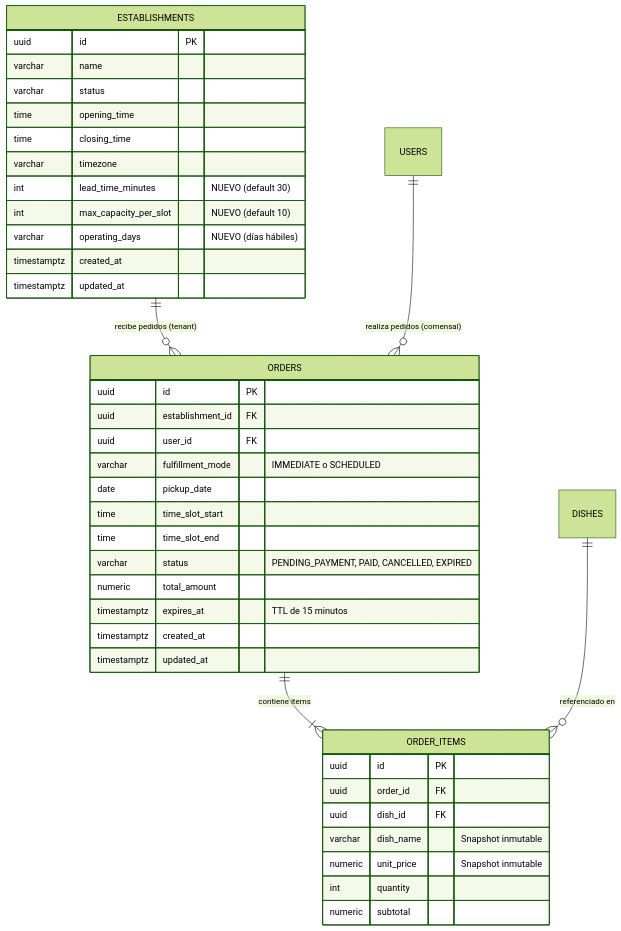
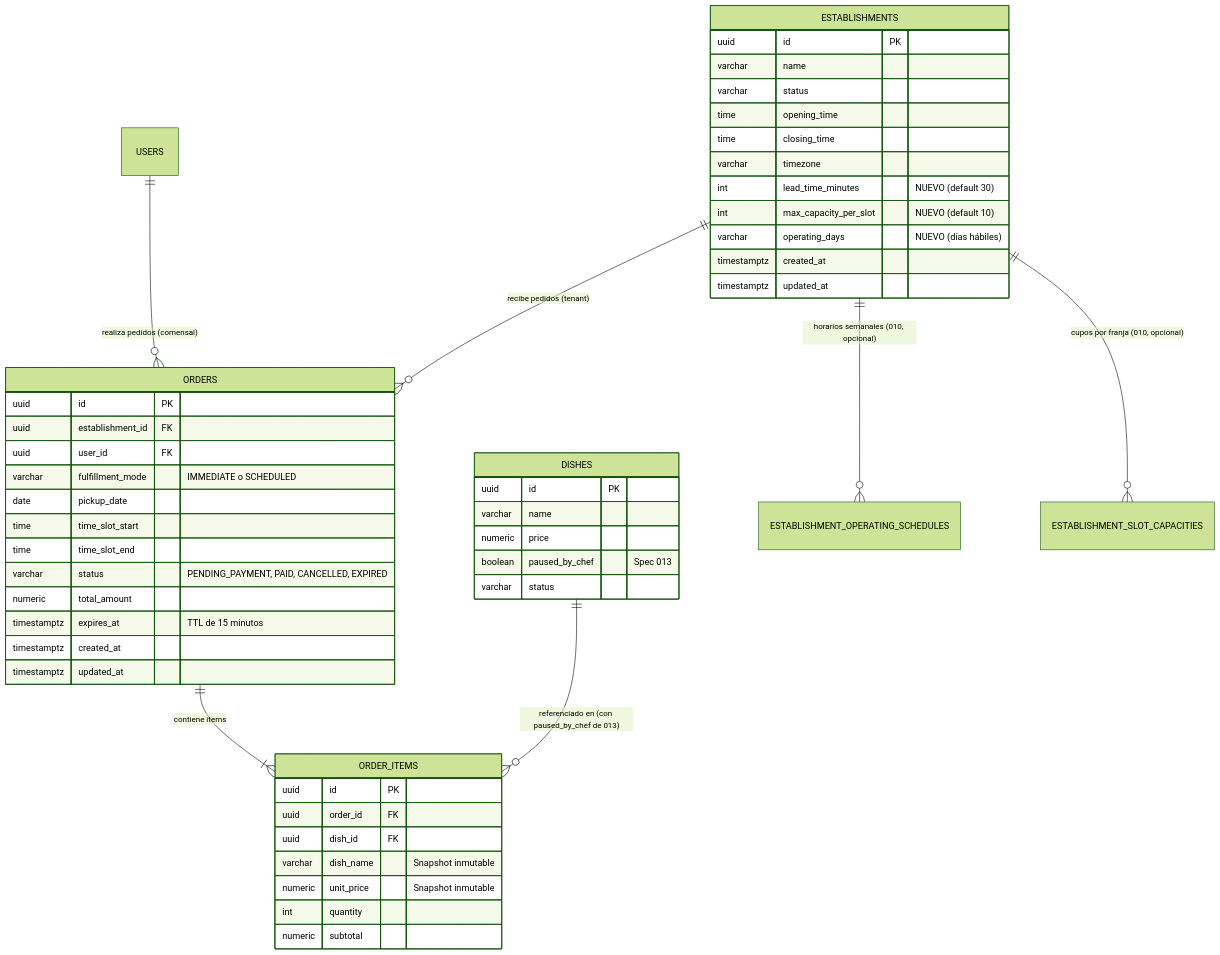
One commit to ValentinoCarmonaS/G12---GDSI changed the first of 2 diagrams in specs/012-diner-pickup-time-slots/data-model.md. Above: the diagram before and after it, drawn with Mermaid (forest theme). The commit also changed other lines of this file and 5 other files, not shown here.

Commit message:
docs(012): align time-slot reservation spec and plan with specs 009 to 013

````diff
--- a/specs/012-diner-pickup-time-slots/data-model.md
+++ b/specs/012-diner-pickup-time-slots/data-model.md
@@ -9,46 +9,56 @@
 ```mermaid
 erDiagram
     ESTABLISHMENTS ||--o{ ORDERS : "recibe pedidos (tenant)"
     USERS ||--o{ ORDERS : "realiza pedidos (comensal)"
     ORDERS ||--|{ ORDER_ITEMS : "contiene ítems"
-    DISHES ||--o{ ORDER_ITEMS : "referenciado en"
+    DISHES ||--o{ ORDER_ITEMS : "referenciado en (con paused_by_chef de 013)"
+    ESTABLISHMENTS ||--o{ ESTABLISHMENT_OPERATING_SCHEDULES : "horarios semanales (010, opcional)"
+    ESTABLISHMENTS ||--o{ ESTABLISHMENT_SLOT_CAPACITIES : "cupos por franja (010, opcional)"
 
     ESTABLISHMENTS {
         uuid id PK
         varchar name
         varchar status
         time opening_time
         time closing_time
         varchar timezone
         int lead_time_minutes "NUEVO (default 30)"
         int max_capacity_per_slot "NUEVO (default 10)"
         varchar operating_days "NUEVO (días hábiles)"
         timestamptz created_at
         timestamptz updated_at
     }
 
     ORDERS {
         uuid id PK
         uuid establishment_id FK
         uuid user_id FK
         varchar fulfillment_mode "IMMEDIATE o SCHEDULED"
         date pickup_date
         time time_slot_start
         time time_slot_end
         varchar status "PENDING_PAYMENT, PAID, CANCELLED, EXPIRED"
         numeric total_amount
         timestamptz expires_at "TTL de 15 minutos"
         timestamptz created_at
         timestamptz updated_at
     }
 
     ORDER_ITEMS {
         uuid id PK
         uuid order_id FK
         uuid dish_id FK
         varchar dish_name "Snapshot inmutable"
         numeric unit_price "Snapshot inmutable"
         int quantity
         numeric subtotal
     }
+
+    DISHES {
+        uuid id PK
+        varchar name
+        numeric price
+        boolean paused_by_chef "Spec 013"
+        varchar status
+    }
 ```
````
